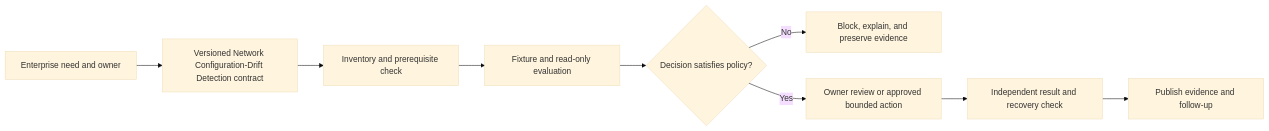
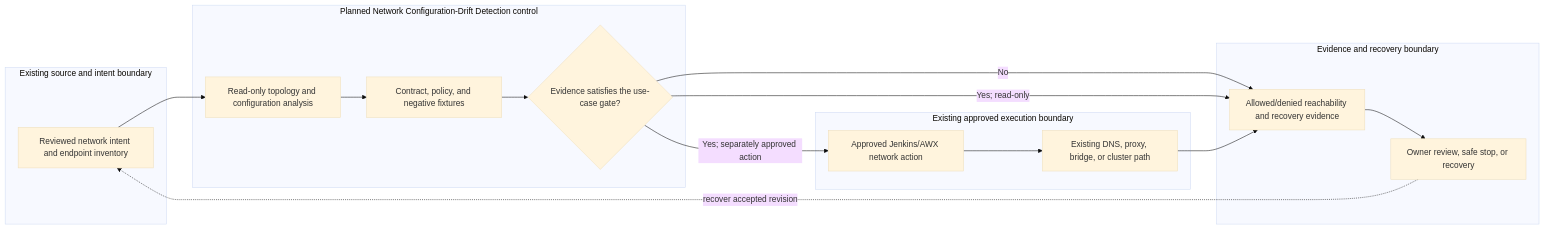
The diagram in docs/use-cases/network/UC-NET-009-network-configuration-drift-detection.md (MIDHTECH/enterprise-architecture-docs), drawn with Mermaid (base theme) before and after one commit. The commit also changed other lines of this file and 227 other files, not shown here.

Commit message:
Deepen architecture for all use case designs

````diff
--- a/docs/use-cases/network/UC-NET-009-network-configuration-drift-detection.md
+++ b/docs/use-cases/network/UC-NET-009-network-configuration-drift-detection.md
@@ -136,11 +129,25 @@
 ```mermaid
 flowchart LR
-    Need["Enterprise need and owner"] --> Contract["Versioned Network Configuration-Drift Detection contract"]
-    Contract --> Preflight["Inventory and prerequisite check"]
-    Preflight --> Evaluate["Fixture and read-only evaluation"]
-    Evaluate --> Decision{"Decision satisfies policy?"}
-    Decision -->|No| Stop["Block, explain, and preserve evidence"]
-    Decision -->|Yes| Review["Owner review or approved bounded action"]
-    Review --> Verify["Independent result and recovery check"]
-    Verify --> Publish["Publish evidence and follow-up"]
+    subgraph Source["Existing source and intent boundary"]
+        A["Reviewed network intent and endpoint inventory"]
+    end
+    subgraph Planned["Planned Network Configuration-Drift Detection control"]
+        B["Read-only topology and configuration analysis"]
+        C["Contract, policy, and negative fixtures"]
+        D{"Evidence satisfies the use-case gate?"}
+    end
+    subgraph Runtime["Existing approved execution boundary"]
+        E["Approved Jenkins/AWX network action"]
+        F["Existing DNS, proxy, bridge, or cluster path"]
+    end
+    subgraph Assurance["Evidence and recovery boundary"]
+        G["Allowed/denied reachability and recovery evidence"]
+        H["Owner review, safe stop, or recovery"]
+    end
+
+    A --> B --> C --> D
+    D -->|No| G --> H
+    D -->|Yes; read-only| G
+    D -->|Yes; separately approved action| E --> F --> G
+    H -. recover accepted revision .-> A
 ```
````
